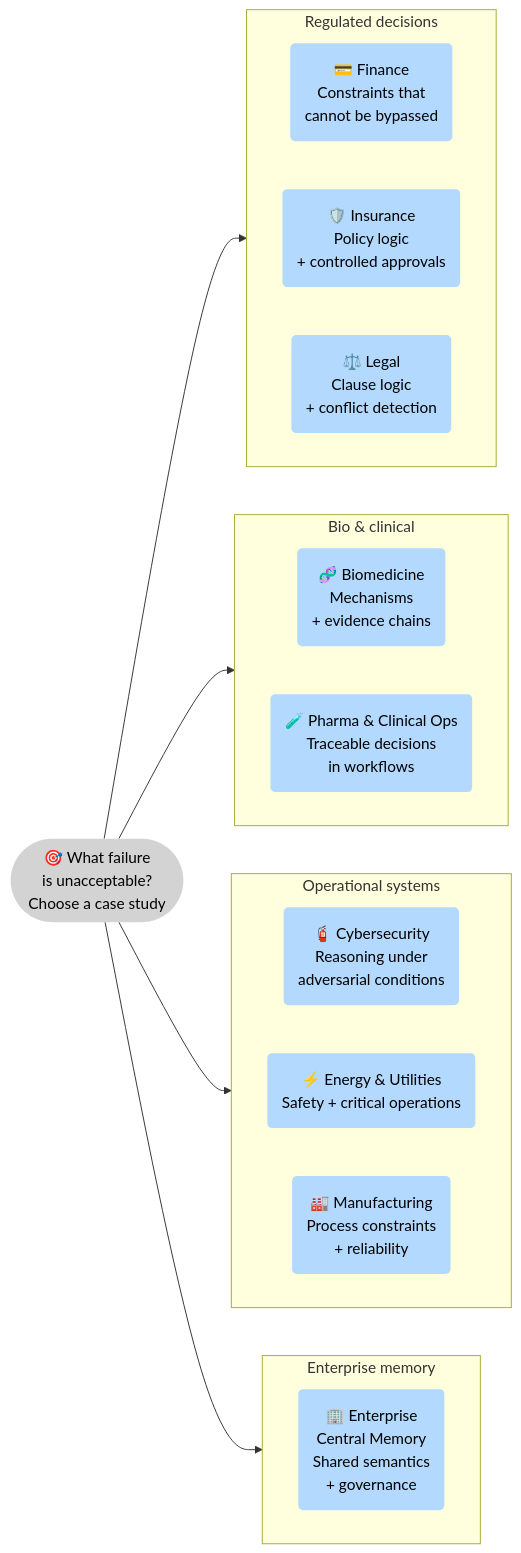
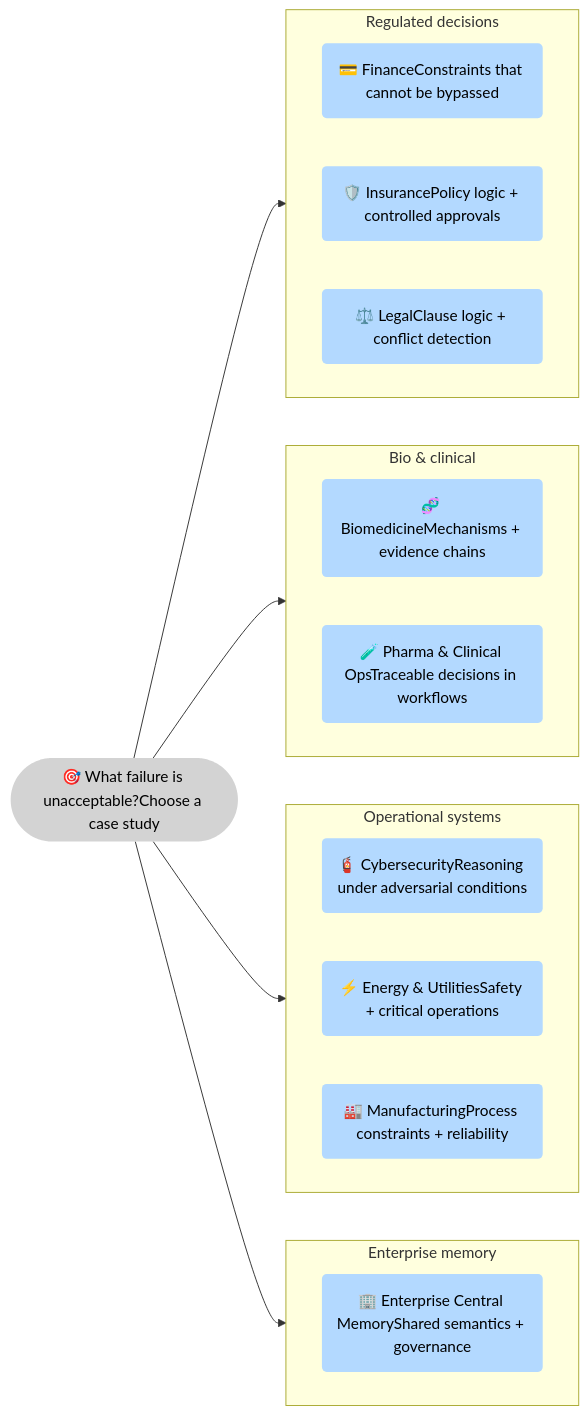
Before and after one commit to 5Reasons/5reasons.github.io: the fourth of 5 diagrams in docs/index.md, drawn with Mermaid. The commit also changed other lines of this file and 4 other files, not shown here.

Commit message:
Enhance Mermaid label handling: Implement JavaScript fixes for inline label styles and ensure proper text wrapping in diagrams

````diff
--- a/docs/index.md
+++ b/docs/index.md
@@ -286,52 +286,52 @@
 ```mermaid
 flowchart LR
 %% Styles (brModel Standard)
 classDef i fill:#D3D3D3,stroke-width:0px,color:#000;
 classDef p fill:#B3D9FF,stroke-width:0px,color:#000;
 classDef r fill:#FFFFB3,stroke-width:0px,color:#000;
 classDef o fill:#C1F0C1,stroke-width:0px,color:#000;
 classDef s fill:#FFB3B3,stroke-width:0px,color:#000;
 
-P_Route(["🎯 What failure <br>is unacceptable?<br>Choose a case study"]):::i
+P_Route(["🎯 What failure is unacceptable?Choose a case study"]):::i
 
 subgraph G_Reg["Regulated decisions"]
 direction LR
-P_Fin("💳 Finance<br>Constraints that<br> cannot be bypassed"):::p
-P_Ins("🛡️ Insurance<br>Policy logic <br>+ controlled approvals"):::p
-P_Legal("⚖️ Legal<br>Clause logic <br>+ conflict detection"):::p
+P_Fin("💳 FinanceConstraints that cannot be bypassed"):::p
+P_Ins("🛡️ InsurancePolicy logic + controlled approvals"):::p
+P_Legal("⚖️ LegalClause logic + conflict detection"):::p
 end
 
 subgraph G_Bio["Bio & clinical"]
 direction LR
-P_Bio("🧬 Biomedicine<br>Mechanisms <br>+ evidence chains"):::p
-P_Pharma("🧪 Pharma & Clinical Ops<br>Traceable decisions <br>in workflows"):::p
+P_Bio("🧬 BiomedicineMechanisms + evidence chains"):::p
+P_Pharma("🧪 Pharma & Clinical OpsTraceable decisions in workflows"):::p
 end
 
 subgraph G_Ops["Operational systems"]
 direction LR
-P_Cyber("🧯 Cybersecurity<br>Reasoning under <br>adversarial conditions"):::p
-P_Energy("⚡ Energy & Utilities<br>Safety + critical operations"):::p
-P_Manu("🏭 Manufacturing<br>Process constraints <br>+ reliability"):::p
+P_Cyber("🧯 CybersecurityReasoning under adversarial conditions"):::p
+P_Energy("⚡ Energy & UtilitiesSafety + critical operations"):::p
+P_Manu("🏭 ManufacturingProcess constraints + reliability"):::p
 end
 
 subgraph G_Org["Enterprise memory"]
 direction LR
-P_ECM("🏢 Enterprise <br>Central Memory<br>Shared semantics <br>+ governance"):::p
+P_ECM("🏢 Enterprise Central MemoryShared semantics + governance"):::p
 end
 
 P_Route --> G_Reg
 P_Route --> G_Bio
 P_Route --> G_Ops
 P_Route --> G_Org
 click P_Route "/case-studies/" "Case studies"
 
 click P_ECM "/case-studies/enterprise-central-memory/" "Enterprise Central Memory"
 click P_Fin "/case-studies/finance/" "Finance"
 click P_Ins "/case-studies/insurance/" "Insurance"
 click P_Legal "/case-studies/legal/" "Legal"
 click P_Bio "/case-studies/biomedicine/" "Biomedicine"
 click P_Pharma "/case-studies/pharma-clinical-ops/" "Pharma & Clinical Ops"
 click P_Cyber "/case-studies/cybersecurity/" "Cybersecurity"
 click P_Energy "/case-studies/energy-utilities/" "Energy & Utilities"
 click P_Manu "/case-studies/manufacturing/" "Manufacturing"
 ```
````
